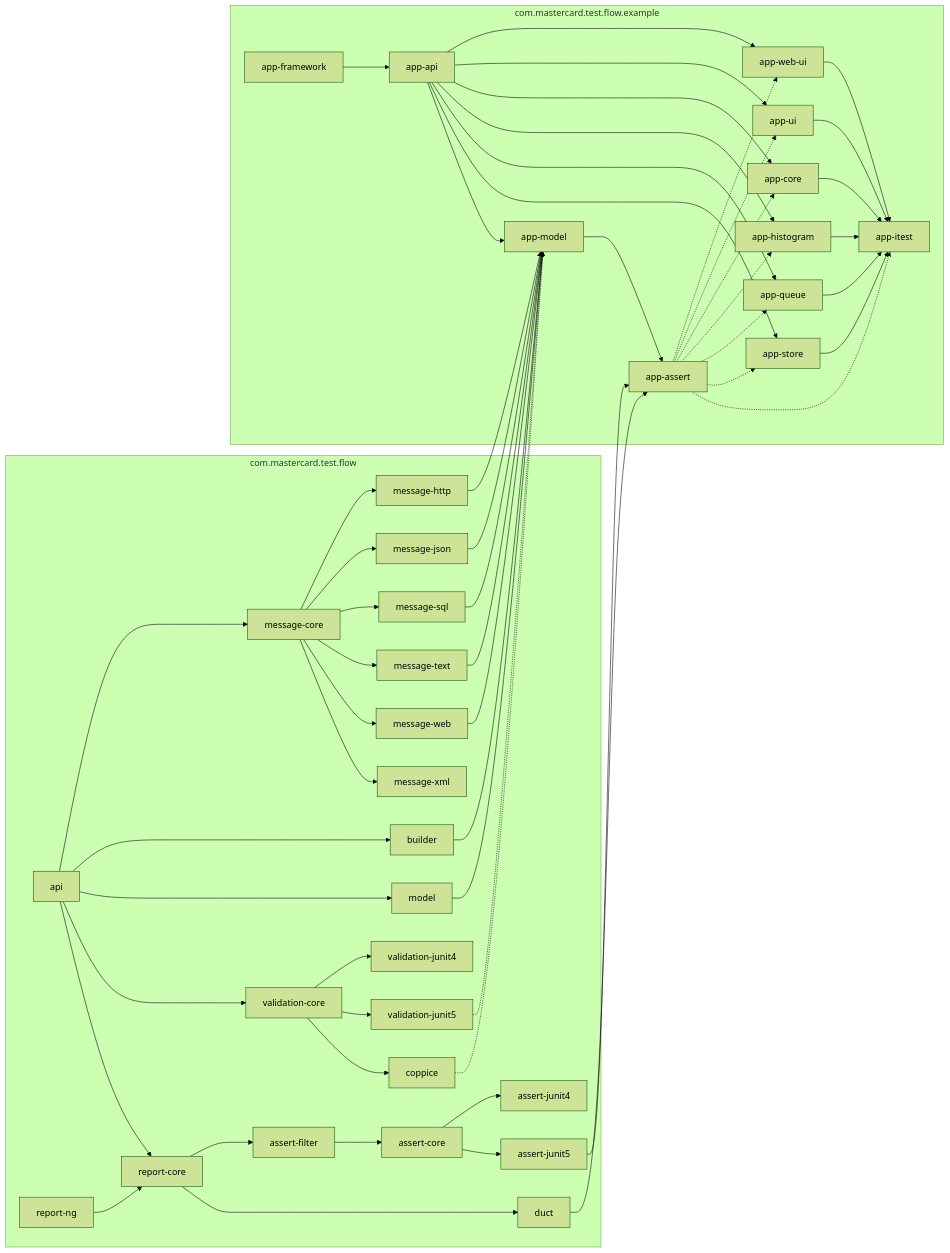
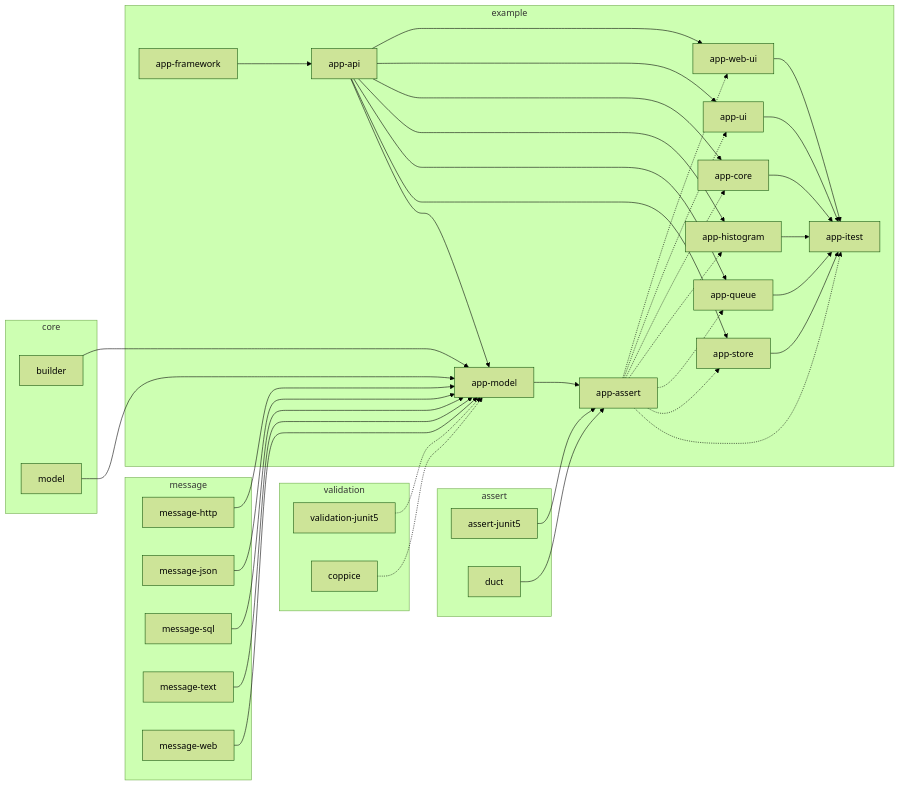
One commit to Mastercard/flow changed the second of 2 diagrams in example/README.md. Above: the diagram before and after it, drawn with Mermaid (forest theme). The commit also changed 3 other files, not shown here.

First line of the commit message:
Usage diagram improvement (#641)

````diff
--- a/example/README.md
+++ b/example/README.md
@@ -69,60 +69,74 @@
 ```mermaid
+
 graph LR
-  subgraph com.mastercard.test.flow
-    api --> message-core
-    api --> builder
-    api --> model
-    api --> validation-core
-    api --> report-core
-    assert-core --> assert-junit4
-    assert-core --> assert-junit5
-    assert-filter --> assert-core
-    message-core --> message-http
-    message-core --> message-json
-    message-core --> message-sql
-    message-core --> message-text
-    message-core --> message-web
-    message-core --> message-xml
-    report-core --> assert-filter
-    report-core --> duct
-    report-ng --> report-core
-    validation-core --> validation-junit4
-    validation-core --> validation-junit5
-    validation-core --> coppice
+  subgraph core
+    builder
+    model
   end
-  subgraph com.mastercard.test.flow.example
-    app-api --> app-web-ui
-    app-api --> app-ui
-    app-api --> app-core
-    app-api --> app-histogram
-    app-api --> app-queue
-    app-api --> app-store
-    app-api --> app-model
-    app-assert -.-> app-web-ui
-    app-assert -.-> app-ui
-    app-assert -.-> app-core
-    app-assert -.-> app-histogram
-    app-assert -.-> app-queue
-    app-assert -.-> app-store
-    app-assert -.-> app-itest
-    app-core --> app-itest
-    app-framework --> app-api
-    app-histogram --> app-itest
-    app-model --> app-assert
-    app-queue --> app-itest
-    app-store --> app-itest
-    app-ui --> app-itest
-    app-web-ui --> app-itest
+  subgraph message
+    message-http
+    message-json
+    message-sql
+    message-text
+    message-web
   end
+  subgraph validation
+    validation-junit5
+    coppice
+  end
+  subgraph assert
+    assert-junit5
+    duct
+  end
+  subgraph example
+    app-api
+    app-assert
+    app-core
+    app-framework
+    app-histogram
+    app-itest
+    app-model
+    app-queue
+    app-store
+    app-ui
+    app-web-ui
+  end
+  app-api --> app-web-ui
+  app-api --> app-ui
+  app-api --> app-core
+  app-api --> app-histogram
+  app-api --> app-queue
+  app-api --> app-store
+  app-api --> app-model
+  app-assert -.-> app-web-ui
+  app-assert -.-> app-ui
+  app-assert -.-> app-core
+  app-assert -.-> app-histogram
+  app-assert -.-> app-queue
+  app-assert -.-> app-store
+  app-assert -.-> app-itest
+  app-core --> app-itest
+  app-framework --> app-api
+  app-histogram --> app-itest
+  app-model --> app-assert
+  app-queue --> app-itest
+  app-store --> app-itest
+  app-ui --> app-itest
+  app-web-ui --> app-itest
   assert-junit5 --> app-assert
   builder --> app-model
   coppice -.-> app-model
   duct --> app-assert
   message-http --> app-model
   message-json --> app-model
   message-sql --> app-model
   message-text --> app-model
   message-web --> app-model
   model --> app-model
   validation-junit5 -.-> app-model
+
+  %% keeps subgraphs positioned correctly
+  core ~~~ message
+  message ~~~ validation
+  validation ~~~ assert
 ```
````
